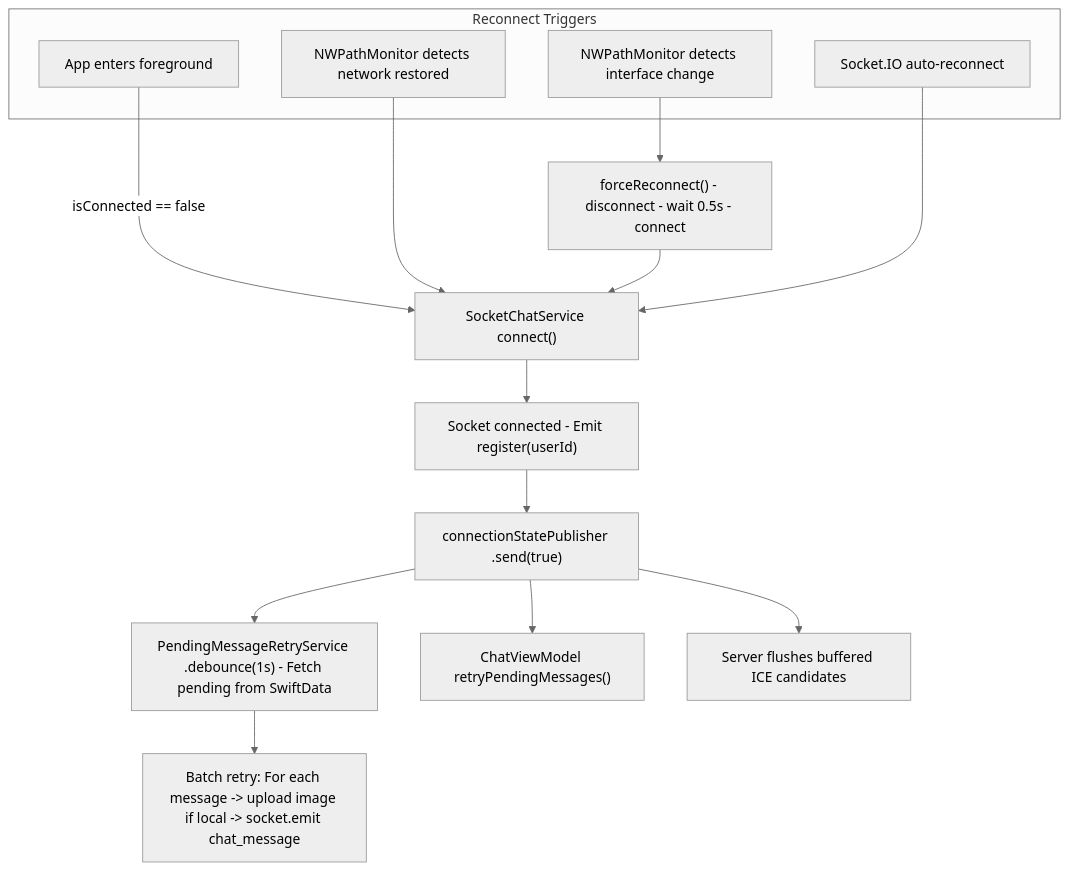
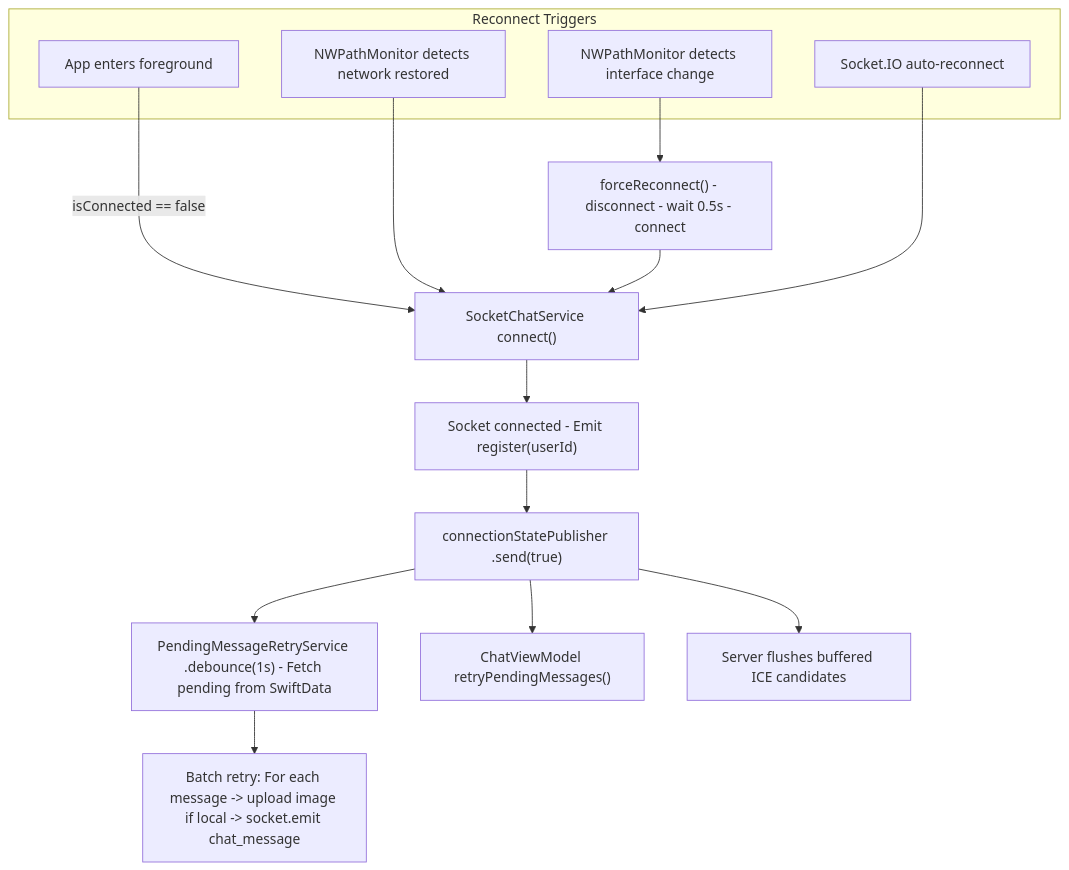
The fifth of 6 diagrams in README.md (denizyakar/SoniApp), drawn with Mermaid before and after one commit. The commit also changed other lines of this file, not shown here.

````diff
--- a/README.md
+++ b/README.md
@@ -293,26 +289,25 @@
 ```mermaid
-%%{init: {"theme": "neutral"}}%%
 flowchart TD
     subgraph Triggers["Reconnect Triggers"]
         T1["App enters foreground"]
         T2["NWPathMonitor detects network restored"]
         T3["NWPathMonitor detects interface change"]
         T4["Socket.IO auto-reconnect"]
     end
 
     T1 -->|"isConnected == false"| CONN["SocketChatService connect()"]
     T2 --> CONN
     T3 --> FORCE["forceReconnect() - disconnect - wait 0.5s - connect"]
     FORCE --> CONN
     T4 --> CONN
 
     CONN --> REG["Socket connected - Emit register(userId)"]
 
     REG --> PUB["connectionStatePublisher .send(true)"]
 
     PUB --> RETRY["PendingMessageRetryService .debounce(1s) - Fetch pending from SwiftData"]
     PUB --> READ["ChatViewModel retryPendingMessages()"]
     PUB --> FLUSH["Server flushes buffered ICE candidates"]
 
     RETRY --> BATCH["Batch retry: For each message -> upload image if local -> socket.emit chat_message"]
 ```
````
